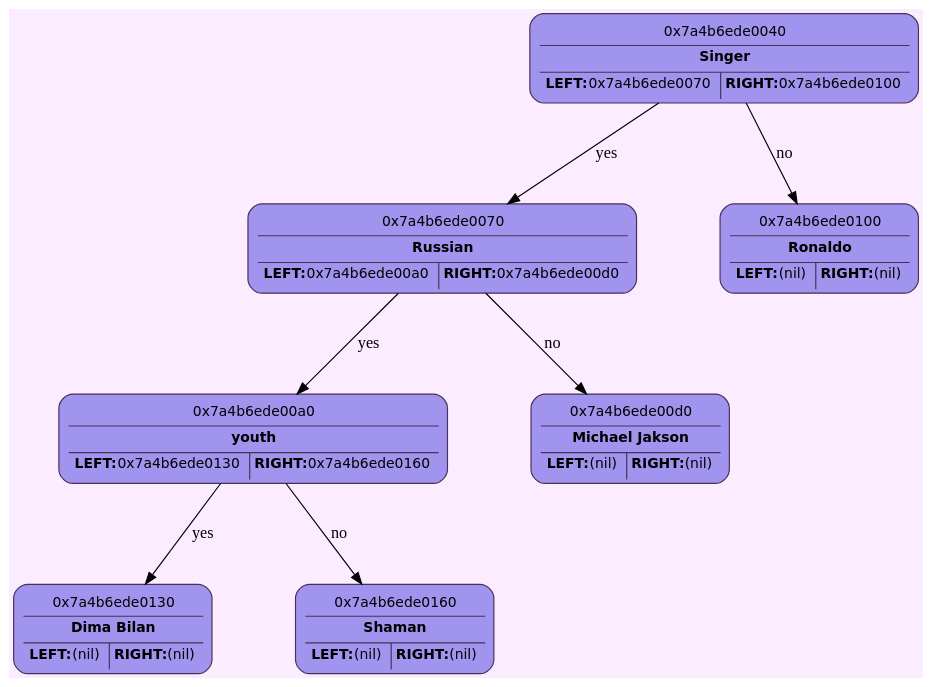
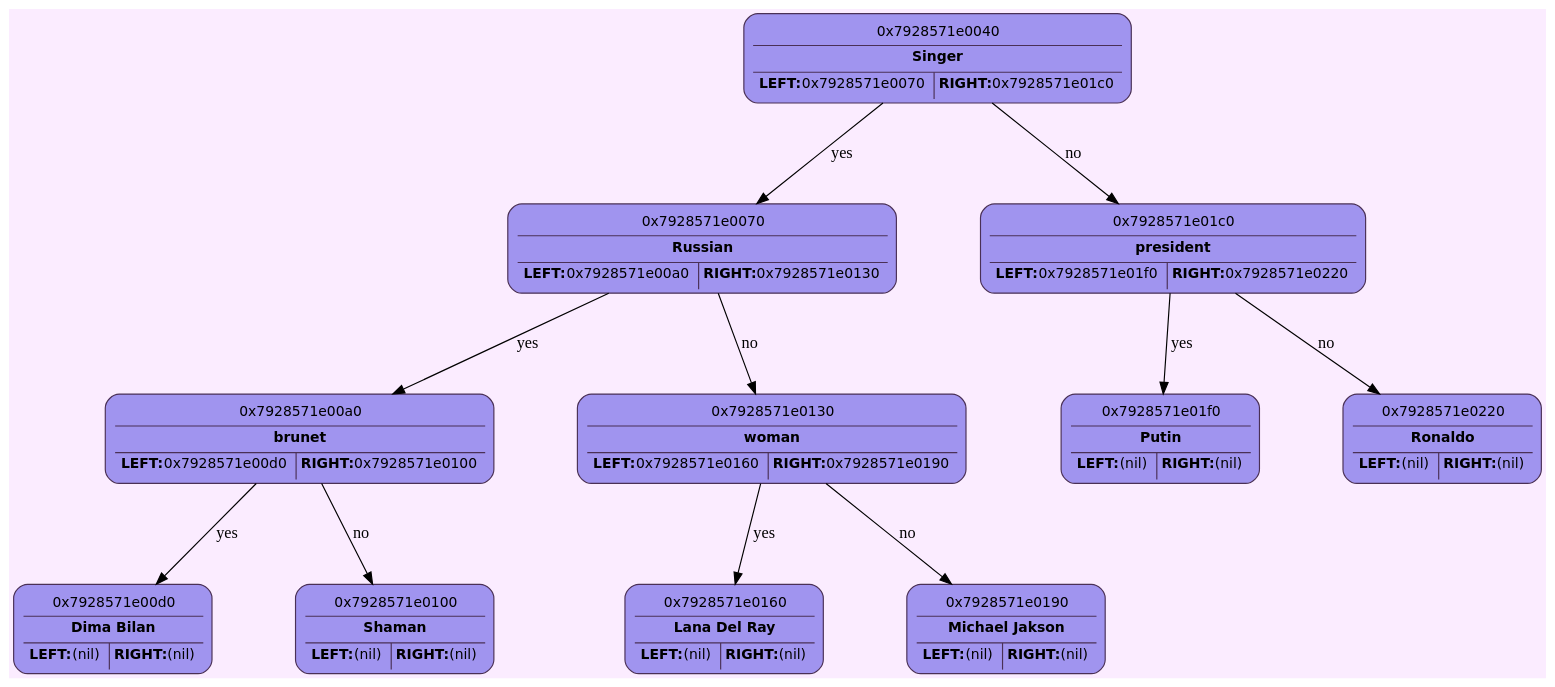
One commit to yahdranik/Akinator changed the diagram in BIN_TREE/tree_graphiz.dot. Above: the diagram before and after it, drawn with Graphviz. The commit also changed 11 other files, not shown here.

```diff
--- a/BIN_TREE/tree_graphiz.dot
+++ b/BIN_TREE/tree_graphiz.dot
@@ -1,81 +1,121 @@
 /* Auto generate code */
 
 digraph G {
 bgcolor="#fbecff";
 forcelabels=true;
 ordering=out;
 nodesep=1.;
 ranksep=1.;
 node [fontsize=12, shape=box, style="filled, rounded", color="#4a3056", fontname="DejaVu Sans"];
 edge [labelfloat=false];
 
-n0x7a4b6ede0040 [fillcolor="#a094ef", label=<<table border="0" cellborder="0" cellspacing="0" cellpadding="4">
-<tr>  <td colspan="2" border="1" sides="b">0x7a4b6ede0040</td>
+n0x7928571e0040 [fillcolor="#a094ef", label=<<table border="0" cellborder="0" cellspacing="0" cellpadding="4">
+<tr>  <td colspan="2" border="1" sides="b">0x7928571e0040</td>
 </tr>
 <tr>  <td colspan="2" border="1" sides="b"><b>Singer</b></td>
 </tr>
-<tr>  <td border="1" sides="r"><b>LEFT:</b> 0x7a4b6ede0070</td>
-  <td><b>RIGHT:</b> 0x7a4b6ede0100</td>
+<tr>  <td border="1" sides="r"><b>LEFT:</b> 0x7928571e0070</td>
+  <td><b>RIGHT:</b> 0x7928571e01c0</td>
 </tr>
 </table>>];
-n0x7a4b6ede0070 [fillcolor="#a094ef", label=<<table border="0" cellborder="0" cellspacing="0" cellpadding="4">
-<tr>  <td colspan="2" border="1" sides="b">0x7a4b6ede0070</td>
+n0x7928571e0070 [fillcolor="#a094ef", label=<<table border="0" cellborder="0" cellspacing="0" cellpadding="4">
+<tr>  <td colspan="2" border="1" sides="b">0x7928571e0070</td>
 </tr>
 <tr>  <td colspan="2" border="1" sides="b"><b>Russian</b></td>
 </tr>
-<tr>  <td border="1" sides="r"><b>LEFT:</b> 0x7a4b6ede00a0</td>
-  <td><b>RIGHT:</b> 0x7a4b6ede00d0</td>
+<tr>  <td border="1" sides="r"><b>LEFT:</b> 0x7928571e00a0</td>
+  <td><b>RIGHT:</b> 0x7928571e0130</td>
 </tr>
 </table>>];
-n0x7a4b6ede00a0 [fillcolor="#a094ef", label=<<table border="0" cellborder="0" cellspacing="0" cellpadding="4">
-<tr>  <td colspan="2" border="1" sides="b">0x7a4b6ede00a0</td>
+n0x7928571e00a0 [fillcolor="#a094ef", label=<<table border="0" cellborder="0" cellspacing="0" cellpadding="4">
+<tr>  <td colspan="2" border="1" sides="b">0x7928571e00a0</td>
 </tr>
-<tr>  <td colspan="2" border="1" sides="b"><b>youth</b></td>
+<tr>  <td colspan="2" border="1" sides="b"><b>brunet</b></td>
 </tr>
-<tr>  <td border="1" sides="r"><b>LEFT:</b> 0x7a4b6ede0130</td>
-  <td><b>RIGHT:</b> 0x7a4b6ede0160</td>
+<tr>  <td border="1" sides="r"><b>LEFT:</b> 0x7928571e00d0</td>
+  <td><b>RIGHT:</b> 0x7928571e0100</td>
 </tr>
 </table>>];
-n0x7a4b6ede0130 [fillcolor="#a094ef", label=<<table border="0" cellborder="0" cellspacing="0" cellpadding="4">
-<tr>  <td colspan="2" border="1" sides="b">0x7a4b6ede0130</td>
+n0x7928571e00d0 [fillcolor="#a094ef", label=<<table border="0" cellborder="0" cellspacing="0" cellpadding="4">
+<tr>  <td colspan="2" border="1" sides="b">0x7928571e00d0</td>
 </tr>
 <tr>  <td colspan="2" border="1" sides="b"><b>Dima Bilan</b></td>
 </tr>
 <tr>  <td border="1" sides="r"><b>LEFT:</b> (nil)</td>
   <td><b>RIGHT:</b> (nil)</td>
 </tr>
 </table>>];
-n0x7a4b6ede0160 [fillcolor="#a094ef", label=<<table border="0" cellborder="0" cellspacing="0" cellpadding="4">
-<tr>  <td colspan="2" border="1" sides="b">0x7a4b6ede0160</td>
+n0x7928571e0100 [fillcolor="#a094ef", label=<<table border="0" cellborder="0" cellspacing="0" cellpadding="4">
+<tr>  <td colspan="2" border="1" sides="b">0x7928571e0100</td>
 </tr>
 <tr>  <td colspan="2" border="1" sides="b"><b>Shaman</b></td>
 </tr>
 <tr>  <td border="1" sides="r"><b>LEFT:</b> (nil)</td>
   <td><b>RIGHT:</b> (nil)</td>
 </tr>
 </table>>];
-n0x7a4b6ede00a0 -> n0x7a4b6ede0130 [label = "yes"];
-n0x7a4b6ede00a0 -> n0x7a4b6ede0160 [label = "no"];
-n0x7a4b6ede00d0 [fillcolor="#a094ef", label=<<table border="0" cellborder="0" cellspacing="0" cellpadding="4">
-<tr>  <td colspan="2" border="1" sides="b">0x7a4b6ede00d0</td>
+n0x7928571e00a0 -> n0x7928571e00d0 [label = "yes"];
+n0x7928571e00a0 -> n0x7928571e0100 [label = "no"];
+n0x7928571e0130 [fillcolor="#a094ef", label=<<table border="0" cellborder="0" cellspacing="0" cellpadding="4">
+<tr>  <td colspan="2" border="1" sides="b">0x7928571e0130</td>
+</tr>
+<tr>  <td colspan="2" border="1" sides="b"><b>woman</b></td>
+</tr>
+<tr>  <td border="1" sides="r"><b>LEFT:</b> 0x7928571e0160</td>
+  <td><b>RIGHT:</b> 0x7928571e0190</td>
+</tr>
+</table>>];
+n0x7928571e0160 [fillcolor="#a094ef", label=<<table border="0" cellborder="0" cellspacing="0" cellpadding="4">
+<tr>  <td colspan="2" border="1" sides="b">0x7928571e0160</td>
+</tr>
+<tr>  <td colspan="2" border="1" sides="b"><b>Lana Del Ray</b></td>
+</tr>
+<tr>  <td border="1" sides="r"><b>LEFT:</b> (nil)</td>
+  <td><b>RIGHT:</b> (nil)</td>
+</tr>
+</table>>];
+n0x7928571e0190 [fillcolor="#a094ef", label=<<table border="0" cellborder="0" cellspacing="0" cellpadding="4">
+<tr>  <td colspan="2" border="1" sides="b">0x7928571e0190</td>
 </tr>
 <tr>  <td colspan="2" border="1" sides="b"><b>Michael Jakson</b></td>
 </tr>
 <tr>  <td border="1" sides="r"><b>LEFT:</b> (nil)</td>
   <td><b>RIGHT:</b> (nil)</td>
 </tr>
 </table>>];
-n0x7a4b6ede0070 -> n0x7a4b6ede00a0 [label = "yes"];
-n0x7a4b6ede0070 -> n0x7a4b6ede00d0 [label = "no"];
-n0x7a4b6ede0100 [fillcolor="#a094ef", label=<<table border="0" cellborder="0" cellspacing="0" cellpadding="4">
-<tr>  <td colspan="2" border="1" sides="b">0x7a4b6ede0100</td>
+n0x7928571e0130 -> n0x7928571e0160 [label = "yes"];
+n0x7928571e0130 -> n0x7928571e0190 [label = "no"];
+n0x7928571e0070 -> n0x7928571e00a0 [label = "yes"];
+n0x7928571e0070 -> n0x7928571e0130 [label = "no"];
+n0x7928571e01c0 [fillcolor="#a094ef", label=<<table border="0" cellborder="0" cellspacing="0" cellpadding="4">
+<tr>  <td colspan="2" border="1" sides="b">0x7928571e01c0</td>
+</tr>
+<tr>  <td colspan="2" border="1" sides="b"><b>president</b></td>
+</tr>
+<tr>  <td border="1" sides="r"><b>LEFT:</b> 0x7928571e01f0</td>
+  <td><b>RIGHT:</b> 0x7928571e0220</td>
+</tr>
+</table>>];
+n0x7928571e01f0 [fillcolor="#a094ef", label=<<table border="0" cellborder="0" cellspacing="0" cellpadding="4">
+<tr>  <td colspan="2" border="1" sides="b">0x7928571e01f0</td>
+</tr>
+<tr>  <td colspan="2" border="1" sides="b"><b>Putin</b></td>
+</tr>
+<tr>  <td border="1" sides="r"><b>LEFT:</b> (nil)</td>
+  <td><b>RIGHT:</b> (nil)</td>
+</tr>
+</table>>];
+n0x7928571e0220 [fillcolor="#a094ef", label=<<table border="0" cellborder="0" cellspacing="0" cellpadding="4">
+<tr>  <td colspan="2" border="1" sides="b">0x7928571e0220</td>
 </tr>
 <tr>  <td colspan="2" border="1" sides="b"><b>Ronaldo</b></td>
 </tr>
 <tr>  <td border="1" sides="r"><b>LEFT:</b> (nil)</td>
   <td><b>RIGHT:</b> (nil)</td>
 </tr>
 </table>>];
-n0x7a4b6ede0040 -> n0x7a4b6ede0070 [label = "yes"];
-n0x7a4b6ede0040 -> n0x7a4b6ede0100 [label = "no"];
+n0x7928571e01c0 -> n0x7928571e01f0 [label = "yes"];
+n0x7928571e01c0 -> n0x7928571e0220 [label = "no"];
+n0x7928571e0040 -> n0x7928571e0070 [label = "yes"];
+n0x7928571e0040 -> n0x7928571e01c0 [label = "no"];
 }
```
